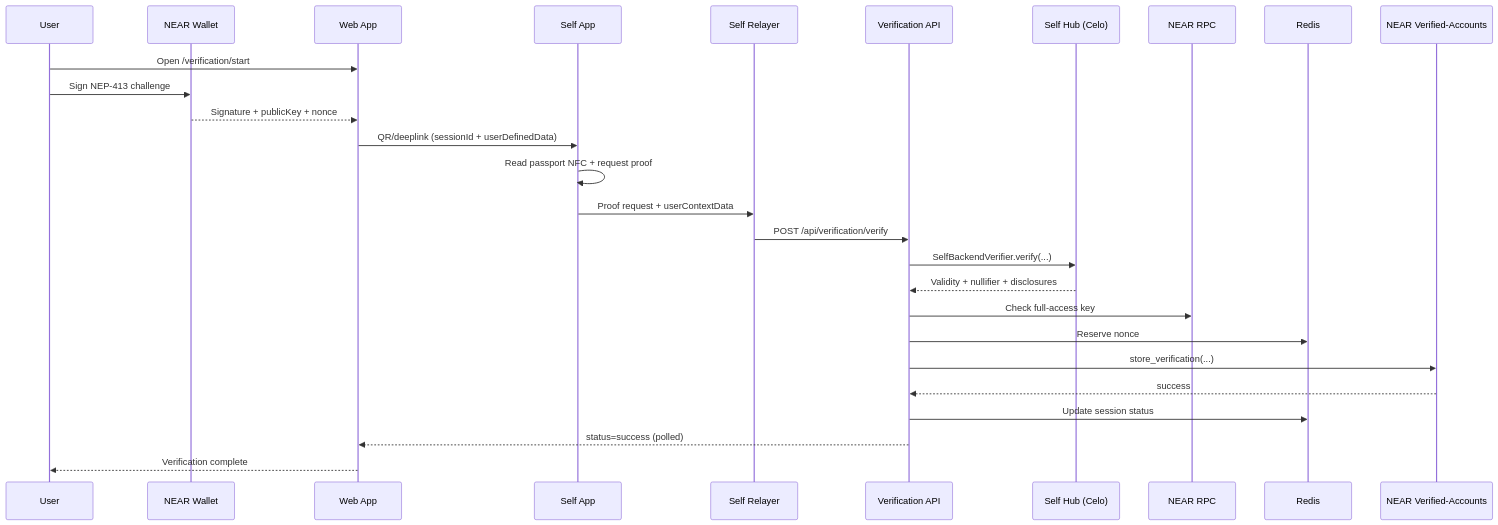
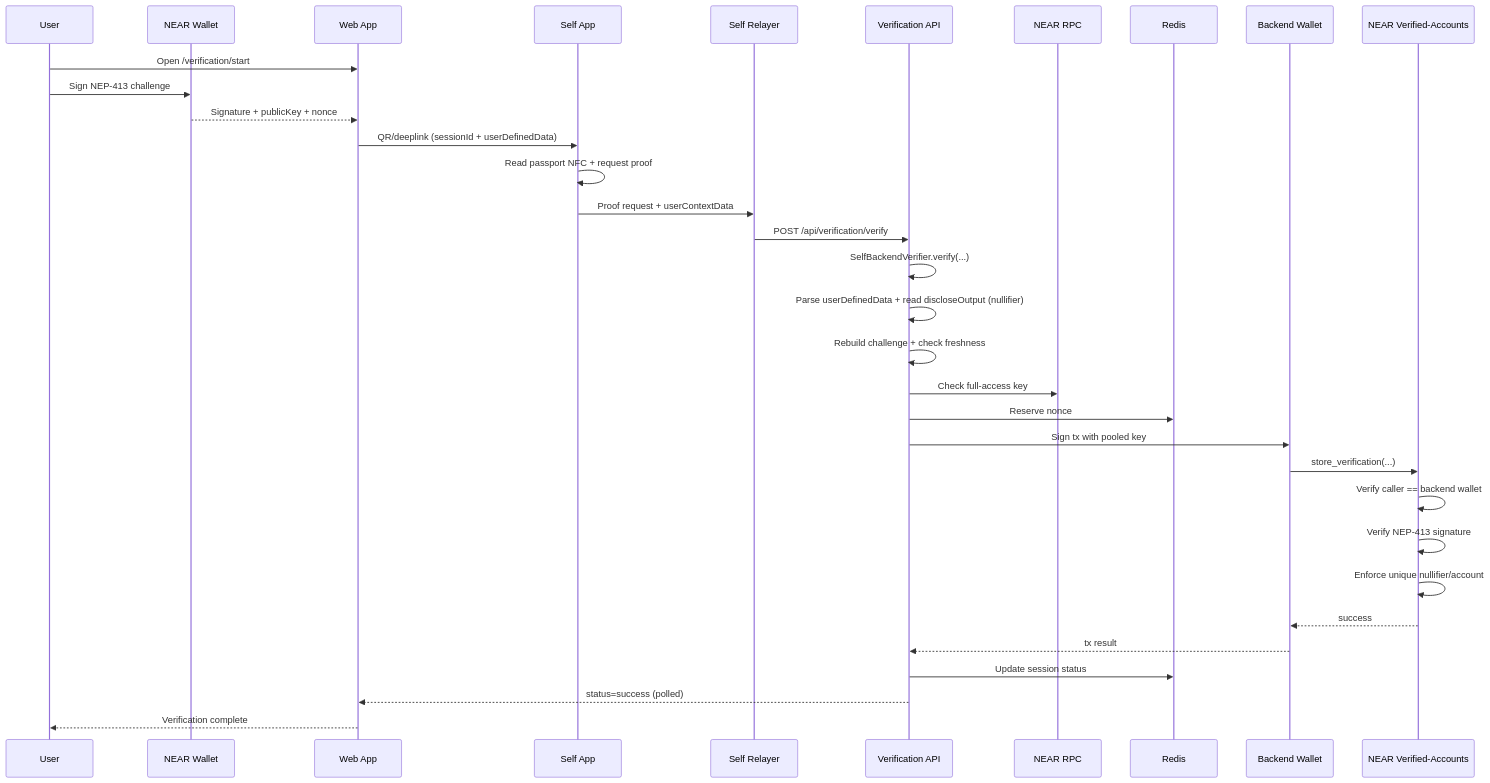
The diagram in docs/HOW_IT_WORKS.md (HackHumanityOrg/near-citizens-house), drawn with Mermaid before and after one commit. The commit also changed other lines of this file and 11 other files, not shown here.

````diff
--- a/docs/HOW_IT_WORKS.md
+++ b/docs/HOW_IT_WORKS.md
@@ -35,30 +35,36 @@
 ```mermaid
 sequenceDiagram
     participant User
     participant Wallet as NEAR Wallet
     participant Web as Web App
     participant SelfApp as Self App
     participant Relayer as Self Relayer
     participant Backend as Verification API
-    participant Hub as Self Hub (Celo)
     participant Rpc as NEAR RPC
     participant Redis
+    participant BackendWallet as Backend Wallet
     participant Contract as NEAR Verified-Accounts
 
     User->>Web: Open /verification/start
     User->>Wallet: Sign NEP-413 challenge
     Wallet-->>Web: Signature + publicKey + nonce
     Web->>SelfApp: QR/deeplink (sessionId + userDefinedData)
     SelfApp->>SelfApp: Read passport NFC + request proof
     SelfApp->>Relayer: Proof request + userContextData
     Relayer->>Backend: POST /api/verification/verify
-    Backend->>Hub: SelfBackendVerifier.verify(...)
-    Hub-->>Backend: Validity + nullifier + disclosures
+    Backend->>Backend: SelfBackendVerifier.verify(...)
+    Backend->>Backend: Parse userDefinedData + read discloseOutput (nullifier)
+    Backend->>Backend: Rebuild challenge + check freshness
     Backend->>Rpc: Check full-access key
     Backend->>Redis: Reserve nonce
-    Backend->>Contract: store_verification(...)
-    Contract-->>Backend: success
+    Backend->>BackendWallet: Sign tx with pooled key
+    BackendWallet->>Contract: store_verification(...)
+    Contract->>Contract: Verify caller == backend wallet
+    Contract->>Contract: Verify NEP-413 signature
+    Contract->>Contract: Enforce unique nullifier/account
+    Contract-->>BackendWallet: success
+    BackendWallet-->>Backend: tx result
     Backend->>Redis: Update session status
     Backend-->>Web: status=success (polled)
     Web-->>User: Verification complete
 ```
````
